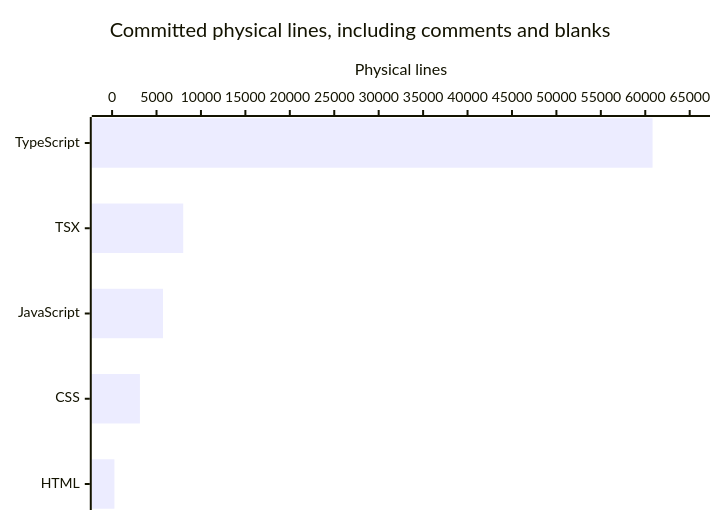
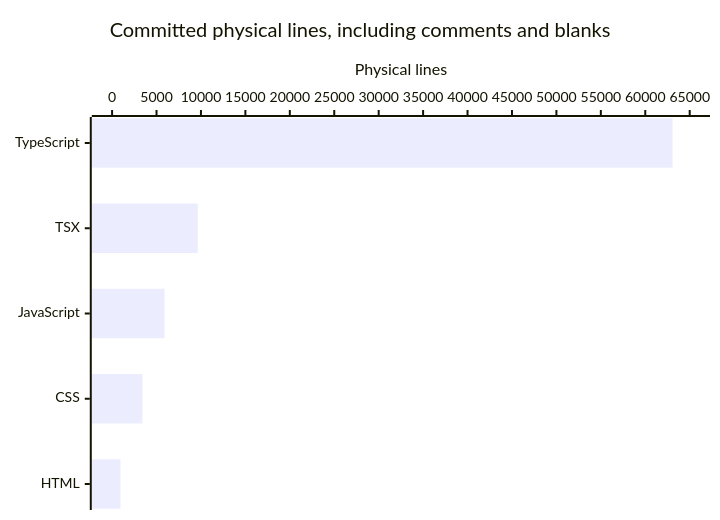
The diagram in droid-wiki/by-the-numbers.md (VeroxAUS/homestream), drawn with Mermaid before and after one commit. The commit also changed other lines of this file and 58 other files, not shown here.

````diff
--- a/droid-wiki/by-the-numbers.md
+++ b/droid-wiki/by-the-numbers.md
@@ -44,7 +42,7 @@
 ```mermaid
 xychart-beta horizontal
     title "Committed physical lines, including comments and blanks"
     x-axis ["TypeScript", "TSX", "JavaScript", "CSS", "HTML"]
     y-axis "Physical lines" 0 --> 65000
-    bar [60820, 8007, 5734, 3133, 262]
+    bar [63072, 9645, 5903, 3419, 942]
 ```
````
